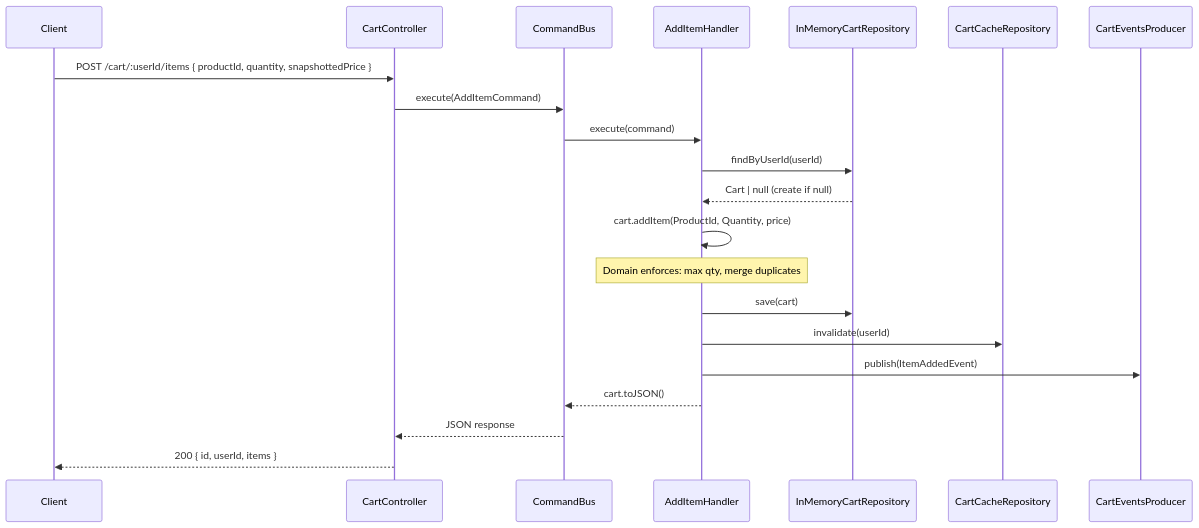
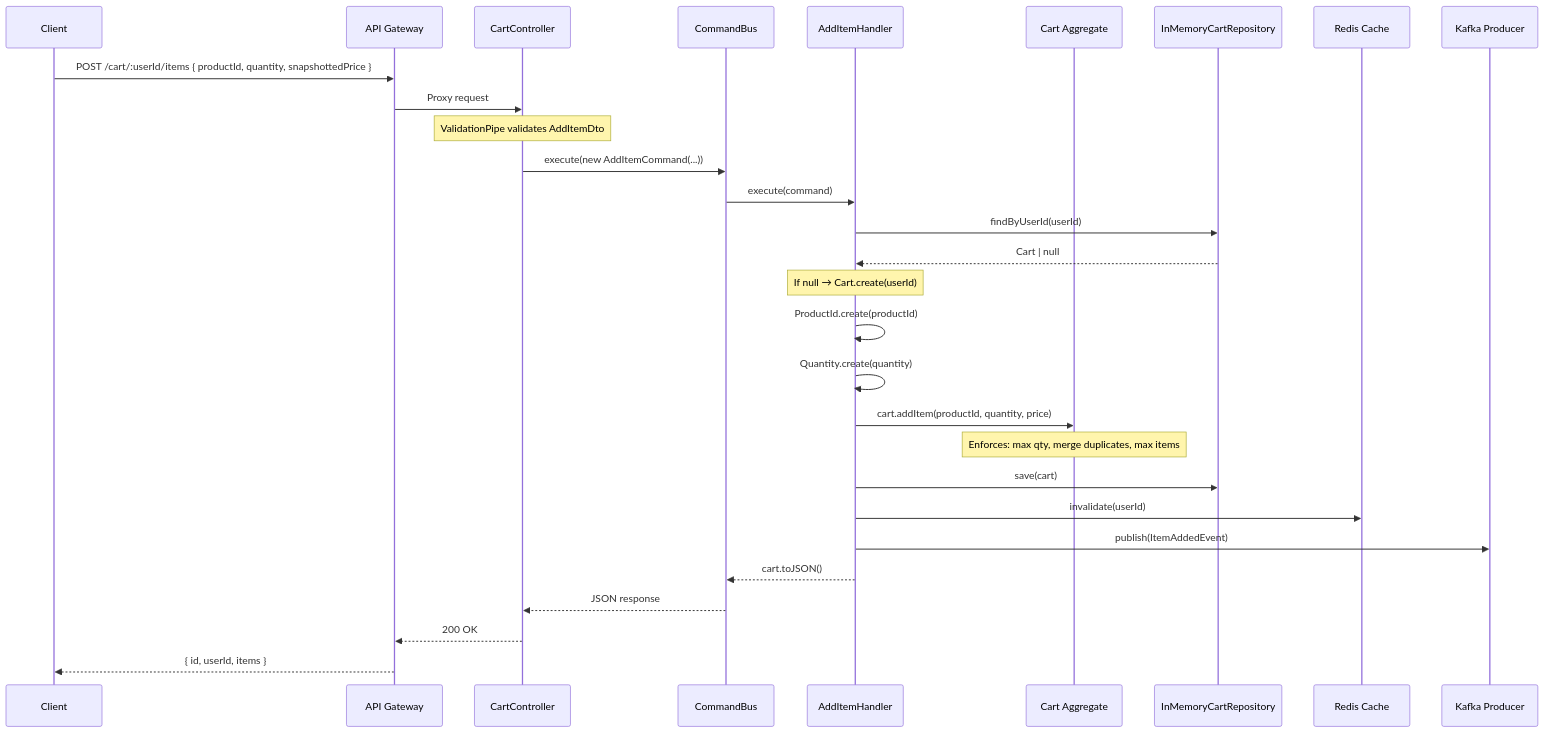
The second of 4 diagrams in apps/cart-service/docs/cart-service-architecture.md (thachda0106/scalable-ecommerce-microservices), drawn with Mermaid before and after one commit. The commit also changed other lines of this file and 2 other files, not shown here.

First line of the commit message:
docs(cart-service): add architecture, data, and endpoint flow documentation

````diff
--- a/apps/cart-service/docs/cart-service-architecture.md
+++ b/apps/cart-service/docs/cart-service-architecture.md
@@ -115,24 +162,36 @@
 ```mermaid
 sequenceDiagram
     participant Client
-    participant CartController
-    participant CommandBus
-    participant AddItemHandler
-    participant InMemoryCartRepository
-    participant CartCacheRepository
-    participant CartEventsProducer
+    participant Gateway as API Gateway
+    participant Controller as CartController
+    participant Bus as CommandBus
+    participant Handler as AddItemHandler
+    participant Domain as Cart Aggregate
+    participant Repo as InMemoryCartRepository
+    participant Cache as Redis Cache
+    participant Kafka as Kafka Producer
 
-    Client->>CartController: POST /cart/:userId/items { productId, quantity, snapshottedPrice }
-    CartController->>CommandBus: execute(AddItemCommand)
-    CommandBus->>AddItemHandler: execute(command)
-    AddItemHandler->>InMemoryCartRepository: findByUserId(userId)
-    InMemoryCartRepository-->>AddItemHandler: Cart | null (create if null)
-    AddItemHandler->>AddItemHandler: cart.addItem(ProductId, Quantity, price)
-    Note over AddItemHandler: Domain enforces: max qty, merge duplicates
-    AddItemHandler->>InMemoryCartRepository: save(cart)
-    AddItemHandler->>CartCacheRepository: invalidate(userId)
-    AddItemHandler->>CartEventsProducer: publish(ItemAddedEvent)
-    AddItemHandler-->>CommandBus: cart.toJSON()
-    CommandBus-->>CartController: JSON response
-    CartController-->>Client: 200 { id, userId, items }
+    Client->>Gateway: POST /cart/:userId/items { productId, quantity, snapshottedPrice }
+    Gateway->>Controller: Proxy request
+    Note over Controller: ValidationPipe validates AddItemDto
+    Controller->>Bus: execute(new AddItemCommand(...))
+    Bus->>Handler: execute(command)
+
+    Handler->>Repo: findByUserId(userId)
+    Repo-->>Handler: Cart | null
+    Note over Handler: If null → Cart.create(userId)
+
+    Handler->>Handler: ProductId.create(productId)
+    Handler->>Handler: Quantity.create(quantity)
+    Handler->>Domain: cart.addItem(productId, quantity, price)
+    Note over Domain: Enforces: max qty, merge duplicates, max items
+
+    Handler->>Repo: save(cart)
+    Handler->>Cache: invalidate(userId)
+    Handler->>Kafka: publish(ItemAddedEvent)
+
+    Handler-->>Bus: cart.toJSON()
+    Bus-->>Controller: JSON response
+    Controller-->>Gateway: 200 OK
+    Gateway-->>Client: { id, userId, items }
 ```
````
